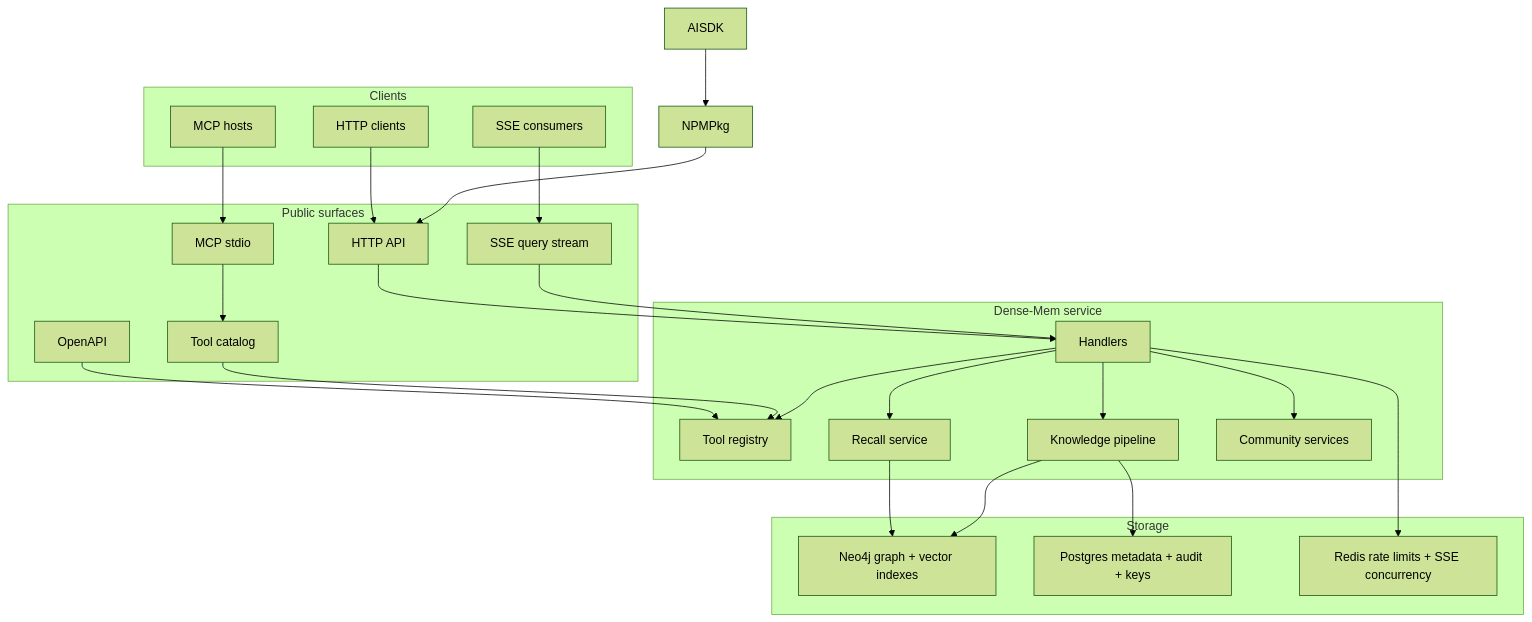
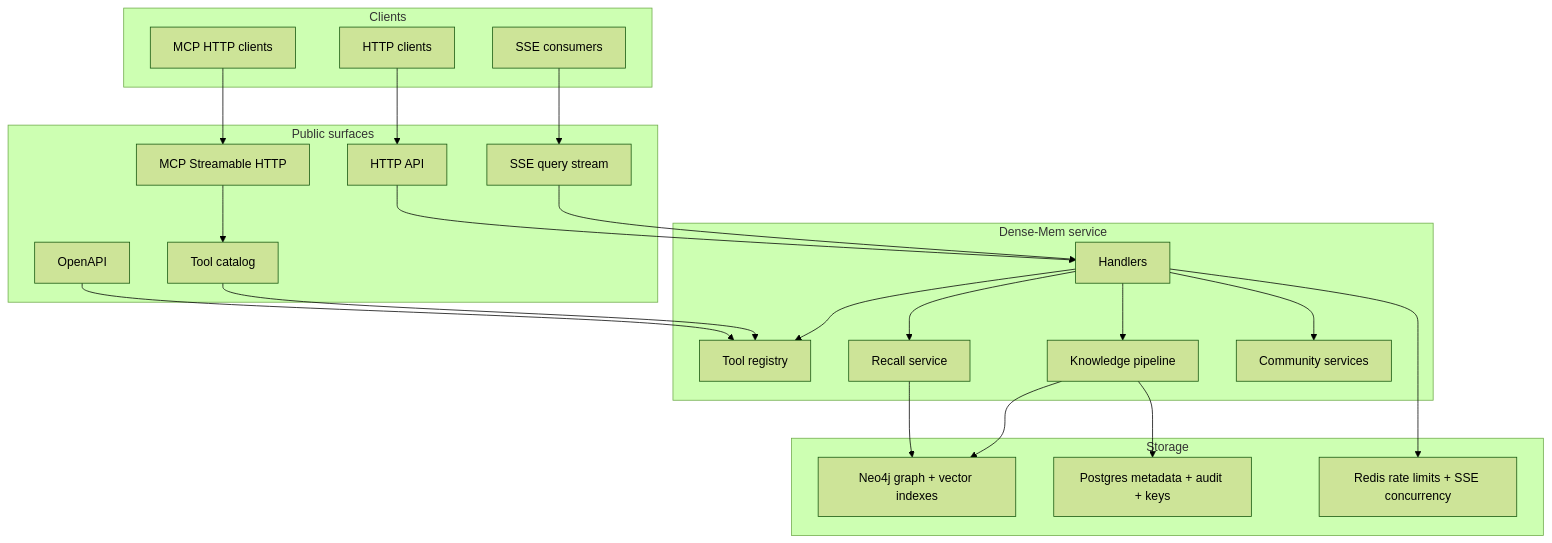
One commit to Z-M-Huang/dense-mem changed the second of 6 diagrams in README.md. Above: the diagram before and after it, drawn with Mermaid (forest theme). The commit also changed other lines of this file and 28 other files, not shown here.

Commit message:
Serve MCP over HTTP

````diff
--- a/README.md
+++ b/README.md
@@ -50,51 +50,48 @@
 ```mermaid
 flowchart TB
     subgraph Clients["Clients"]
         HTTPClient["HTTP clients"]
         SSEClient["SSE consumers"]
-        MCPClient["MCP hosts"]
+        MCPClient["MCP HTTP clients"]
     end
 
     subgraph Surfaces["Public surfaces"]
         HTTP["HTTP API"]
         SSE["SSE query stream"]
         Catalog["Tool catalog"]
         OpenAPI["OpenAPI"]
-        MCP["MCP stdio"]
+        MCP["MCP Streamable HTTP"]
     end
 
     subgraph Service["Dense-Mem service"]
         Handlers["Handlers"]
         Registry["Tool registry"]
         RecallSvc["Recall service"]
         Pipeline["Knowledge pipeline"]
         Communities["Community services"]
     end
 
     subgraph Storage["Storage"]
         Neo4j["Neo4j graph + vector indexes"]
         Postgres["Postgres metadata + audit + keys"]
         Redis["Redis rate limits + SSE concurrency"]
     end
 
     HTTPClient --> HTTP
     SSEClient --> SSE
     MCPClient --> MCP
-    AISDK --> NPMPkg
-
-    NPMPkg --> HTTP
     MCP --> Catalog
     OpenAPI --> Registry
     Catalog --> Registry
     HTTP --> Handlers
     SSE --> Handlers
     Handlers --> Registry
     Handlers --> RecallSvc
     Handlers --> Pipeline
     Handlers --> Communities
 
     RecallSvc --> Neo4j
     Pipeline --> Neo4j
     Pipeline --> Postgres
     Handlers --> Redis
 ```
````
